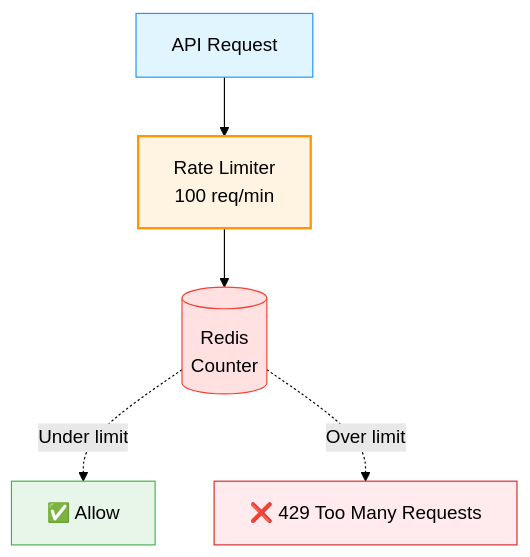
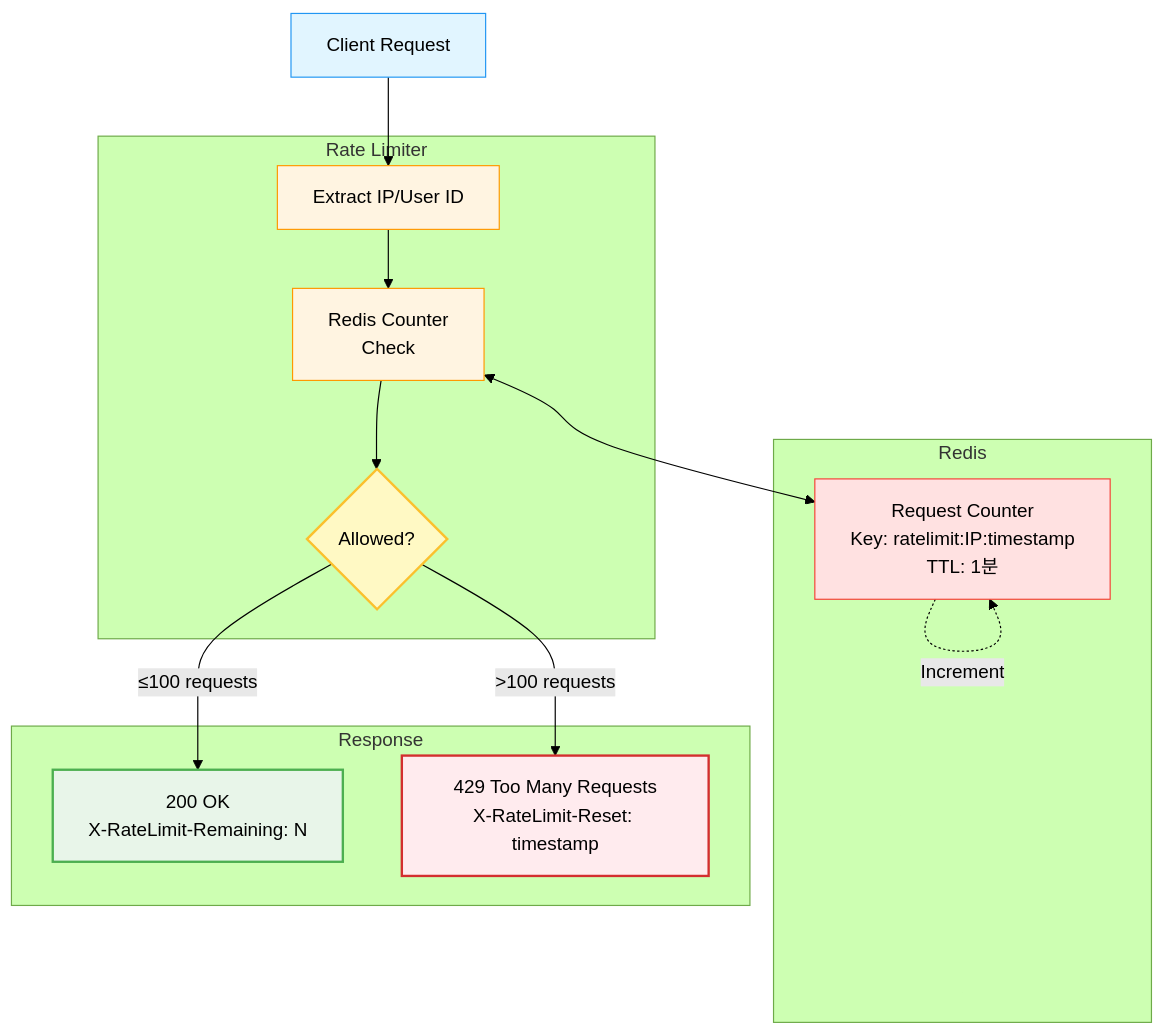
Diagram 12 of 13 in README.md (1985jwlee/production-iot-backend), drawn with Mermaid (forest theme) before and after one commit. The commit also changed other lines of this file and 1 other file, not shown here.

````diff
--- a/README.md
+++ b/README.md
@@ -807,17 +621,37 @@
 ```mermaid
 graph TB
-    REQ[API Request]
-    RL[Rate Limiter<br/>100 req/min]
-    REDIS[(Redis<br/>Counter)]
+    REQUEST[Client Request]
     
-    REQ --> RL
-    RL --> REDIS
-    REDIS -.->|Under limit| ALLOW[✅ Allow]
-    REDIS -.->|Over limit| DENY[❌ 429 Too Many Requests]
+    subgraph "Rate Limiter"
+        EXTRACT[Extract IP/User ID]
+        CHECK[Redis Counter<br/>Check]
+        DECISION{Allowed?}
+    end
     
-    style REQ fill:#e1f5ff,stroke:#2196f3
-    style RL fill:#fff4e1,stroke:#ff9800,stroke-width:2px
-    style REDIS fill:#ffe1e1,stroke:#f44336
-    style ALLOW fill:#e8f5e9,stroke:#4caf50
-    style DENY fill:#ffebee,stroke:#d32f2f
+    subgraph "Redis"
+        COUNTER[Request Counter<br/>Key: ratelimit:IP:timestamp<br/>TTL: 1분]
+    end
+    
+    subgraph "Response"
+        ALLOW[200 OK<br/>X-RateLimit-Remaining: N]
+        DENY[429 Too Many Requests<br/>X-RateLimit-Reset: timestamp]
+    end
+    
+    REQUEST --> EXTRACT
+    EXTRACT --> CHECK
+    CHECK <--> COUNTER
+    CHECK --> DECISION
+    
+    DECISION -->|≤100 requests| ALLOW
+    DECISION -->|>100 requests| DENY
+    
+    COUNTER -.->|Increment| COUNTER
+    
+    style REQUEST fill:#e1f5ff,stroke:#2196f3
+    style EXTRACT fill:#fff4e1,stroke:#ff9800
+    style CHECK fill:#fff4e1,stroke:#ff9800
+    style DECISION fill:#fff9c4,stroke:#fbc02d,stroke-width:2px
+    style COUNTER fill:#ffe1e1,stroke:#f44336
+    style ALLOW fill:#e8f5e9,stroke:#4caf50,stroke-width:2px
+    style DENY fill:#ffebee,stroke:#d32f2f,stroke-width:2px
 ```
````
